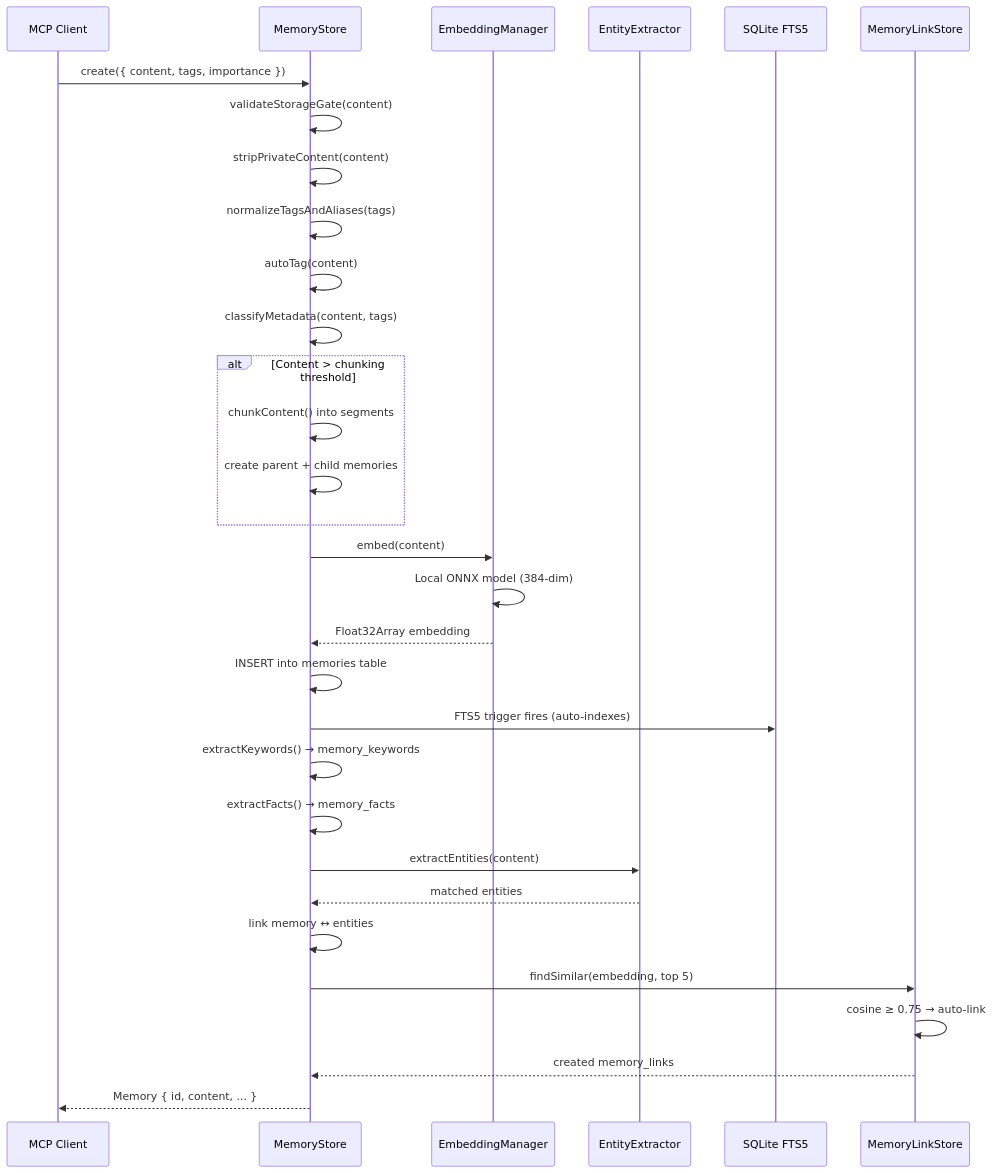
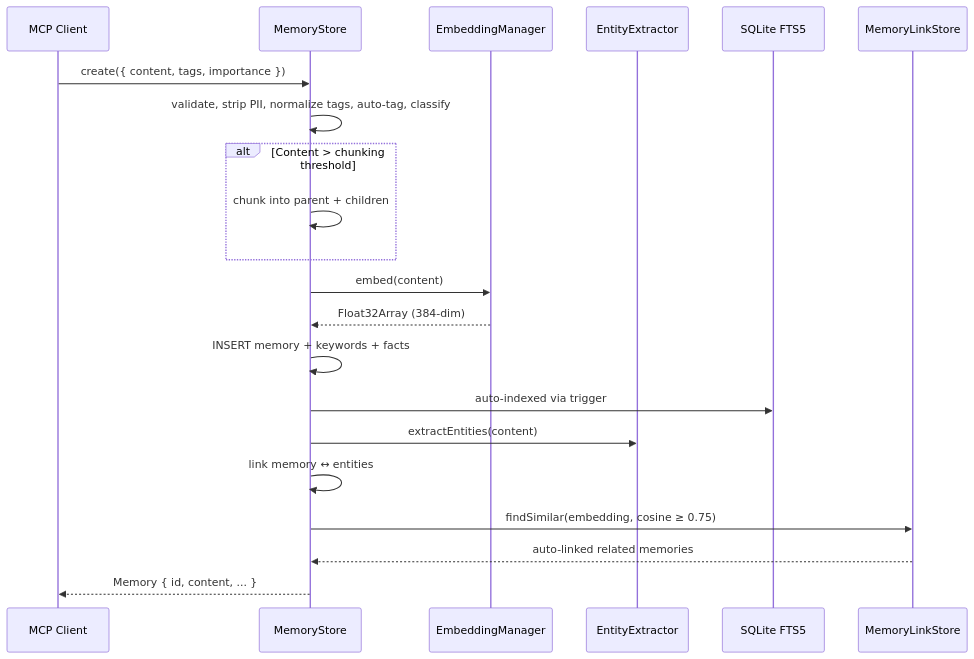
One commit to shawnhack/exocortex changed the first of 2 diagrams in ARCHITECTURE.md. Above: the diagram before and after it, drawn with Mermaid. The commit also changed other lines of this file, not shown here.

First line of the commit message:
docs: simplify architecture diagrams

````diff
--- a/ARCHITECTURE.md
+++ b/ARCHITECTURE.md
@@ -138,40 +38,30 @@
 ```mermaid
 sequenceDiagram
     participant Client as MCP Client
     participant Store as MemoryStore
     participant Embed as EmbeddingManager
     participant Entity as EntityExtractor
     participant FTS as SQLite FTS5
     participant Linker as MemoryLinkStore
 
     Client->>Store: create({ content, tags, importance })
-    Store->>Store: validateStorageGate(content)
-    Store->>Store: stripPrivateContent(content)
-    Store->>Store: normalizeTagsAndAliases(tags)
-    Store->>Store: autoTag(content)
-    Store->>Store: classifyMetadata(content, tags)
+    Store->>Store: validate, strip PII, normalize tags, auto-tag, classify
 
     alt Content > chunking threshold
-        Store->>Store: chunkContent() into segments
-        Store->>Store: create parent + child memories
+        Store->>Store: chunk into parent + children
     end
 
     Store->>Embed: embed(content)
-    Embed->>Embed: Local ONNX model (384-dim)
-    Embed-->>Store: Float32Array embedding
+    Embed-->>Store: Float32Array (384-dim)
 
-    Store->>Store: INSERT into memories table
-    Store->>FTS: FTS5 trigger fires (auto-indexes)
-    Store->>Store: extractKeywords() → memory_keywords
-    Store->>Store: extractFacts() → memory_facts
+    Store->>Store: INSERT memory + keywords + facts
+    Store->>FTS: auto-indexed via trigger
 
     Store->>Entity: extractEntities(content)
-    Entity-->>Store: matched entities
     Store->>Store: link memory ↔ entities
 
-    Store->>Linker: findSimilar(embedding, top 5)
-    Linker->>Linker: cosine ≥ 0.75 → auto-link
-    Linker-->>Store: created memory_links
+    Store->>Linker: findSimilar(embedding, cosine ≥ 0.75)
+    Linker-->>Store: auto-linked related memories
 
     Store-->>Client: Memory { id, content, ... }
 ```
````
